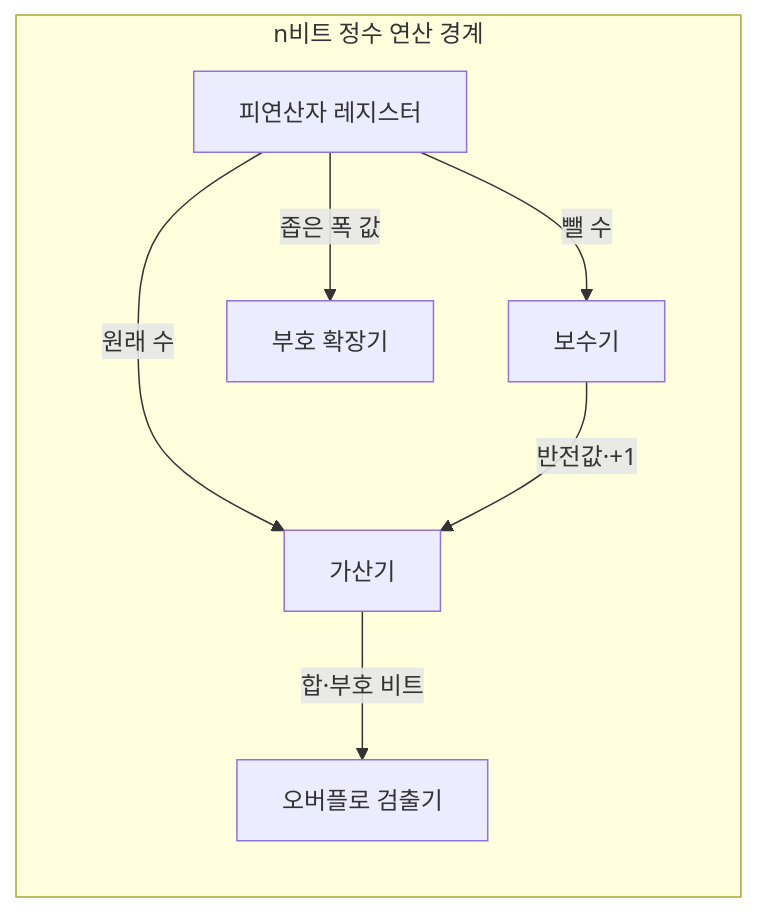
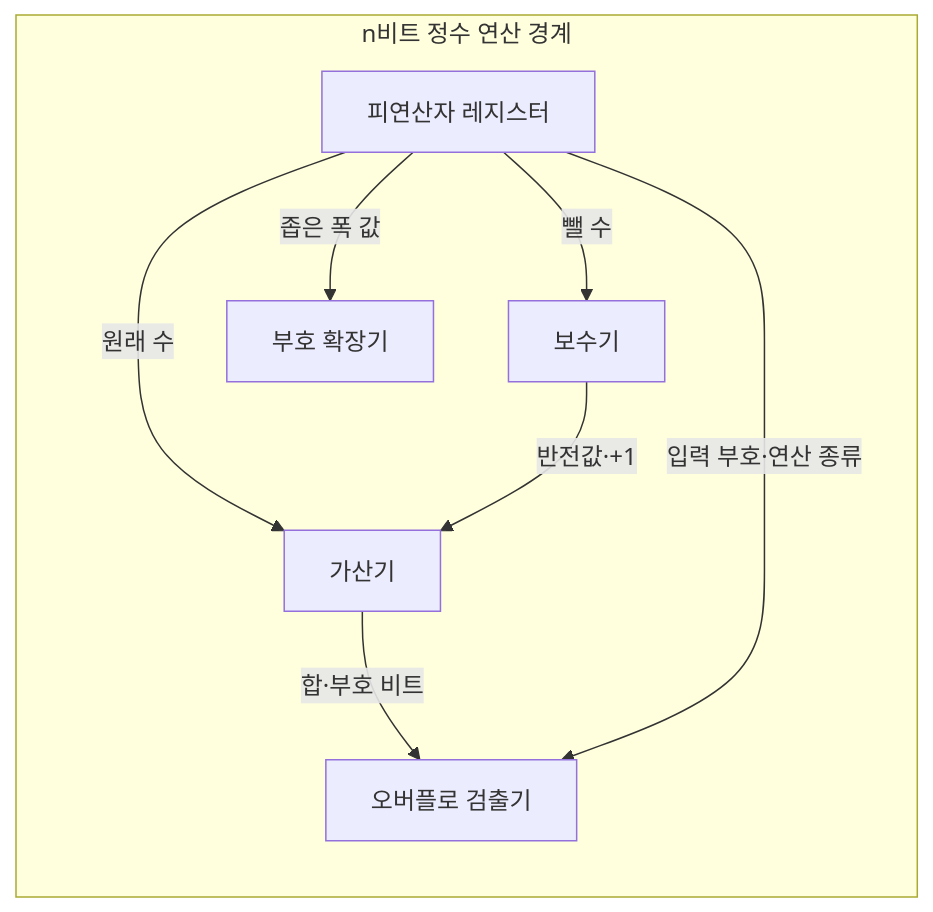
Before and after one commit to agnusdei1207/knowledge-base: the first of 2 diagrams in src/content/docs/notes/01-basic-theory/024_twos_complement.md, drawn with Mermaid. The commit also changed other lines of this file and 20 other files, not shown here.

````diff
--- a/src/content/docs/notes/01-basic-theory/024_twos_complement.md
+++ b/src/content/docs/notes/01-basic-theory/024_twos_complement.md
@@ -65,11 +65,12 @@
 ```mermaid
 flowchart TB
     subgraph W["n비트 정수 연산 경계"]
         direction TB
         R["피연산자 레지스터"] -->|뺄 수| C["보수기"]
         R -->|원래 수| A["가산기"]
         C -->|반전값·+1| A
         A -->|합·부호 비트| V["오버플로 검출기"]
+        R -->|입력 부호·연산 종류| V
         R -->|좁은 폭 값| X["부호 확장기"]
     end
 ```
````
